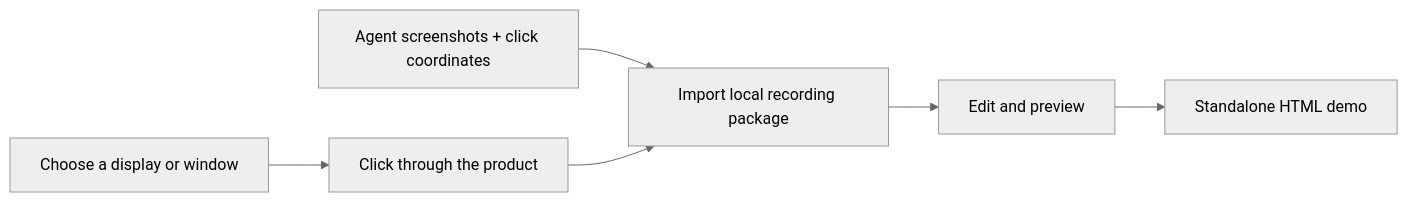
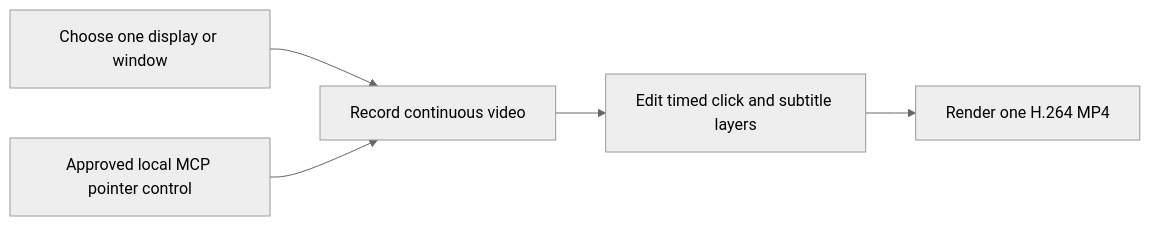
The diagram in README.md (haandol/storybird), drawn with Mermaid (neutral theme) before and after one commit. The commit also changed other lines of this file and 87 other files, not shown here.

Commit message:
feat(authoring): add video demo recording and MCP editing

````diff
--- a/README.md
+++ b/README.md
@@ -22,8 +17,7 @@
 ```mermaid
 flowchart LR
-    Human["Choose a display or window"] --> Record["Click through the product"]
-    Agent["Agent screenshots + click coordinates"] --> Build["Import local recording package"]
-    Record --> Build
-    Build --> Edit["Edit and preview"]
-    Edit --> Export["Standalone HTML demo"]
+    Source["Choose one display or window"] --> Record["Record continuous video"]
+    Record --> Timeline["Edit timed click and subtitle layers"]
+    Timeline --> Export["Render one H.264 MP4"]
+    Agent["Approved local MCP pointer control"] --> Record
 ```
````
